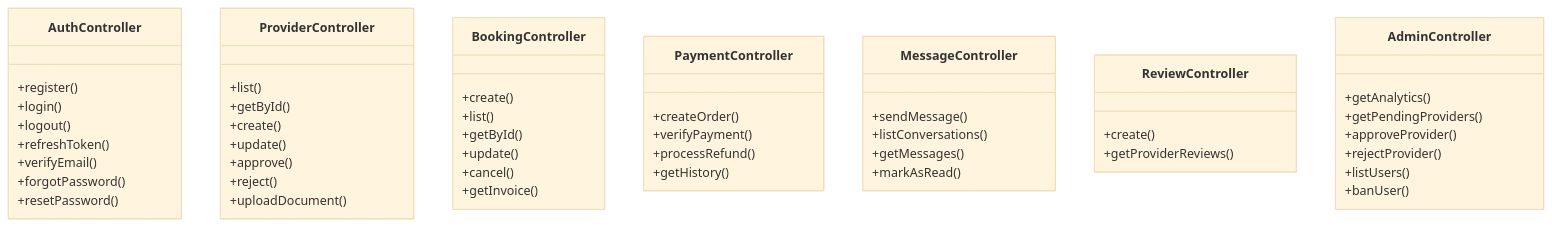
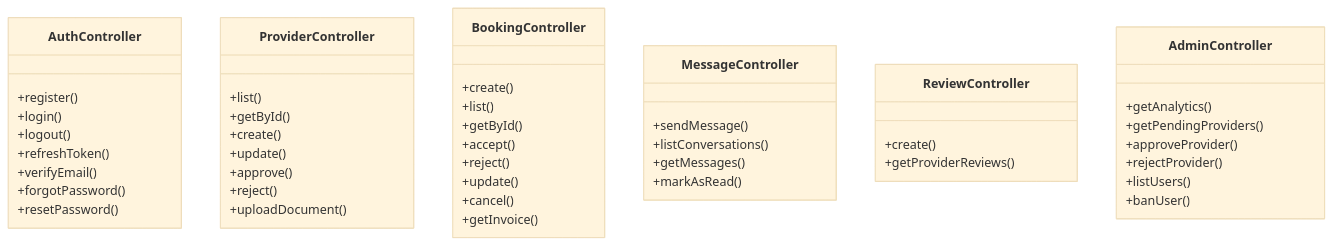
The third of 18 diagrams in docs/UML_DIAGRAMS.md (botvecna47/MH26-Services), drawn with Mermaid (base theme) before and after one commit. The commit also changed other lines of this file, not shown here.

Commit message:
docs: Clean up UML diagrams - remove payment components and update booking flow

````diff
--- a/docs/UML_DIAGRAMS.md
+++ b/docs/UML_DIAGRAMS.md
@@ -262,59 +257,54 @@
 ```mermaid
 classDiagram
     class AuthController {
         +register()
         +login()
         +logout()
         +refreshToken()
         +verifyEmail()
         +forgotPassword()
         +resetPassword()
     }
     
     class ProviderController {
         +list()
         +getById()
         +create()
         +update()
         +approve()
         +reject()
         +uploadDocument()
     }
     
     class BookingController {
         +create()
         +list()
         +getById()
+        +accept()
+        +reject()
         +update()
         +cancel()
         +getInvoice()
-    }
-    
-    class PaymentController {
-        +createOrder()
-        +verifyPayment()
-        +processRefund()
-        +getHistory()
     }
     
     class MessageController {
         +sendMessage()
         +listConversations()
         +getMessages()
         +markAsRead()
     }
     
     class ReviewController {
         +create()
         +getProviderReviews()
     }
     
     class AdminController {
         +getAnalytics()
         +getPendingProviders()
         +approveProvider()
         +rejectProvider()
         +listUsers()
         +banUser()
     }
 ```
````
